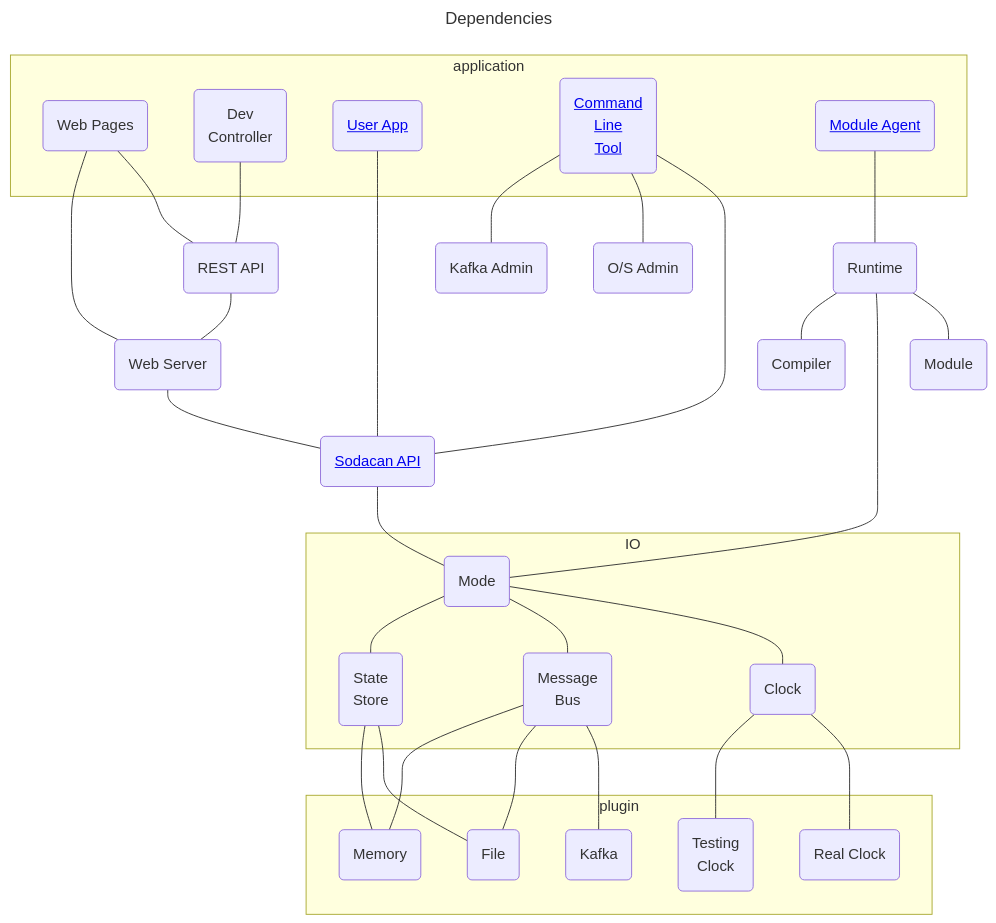
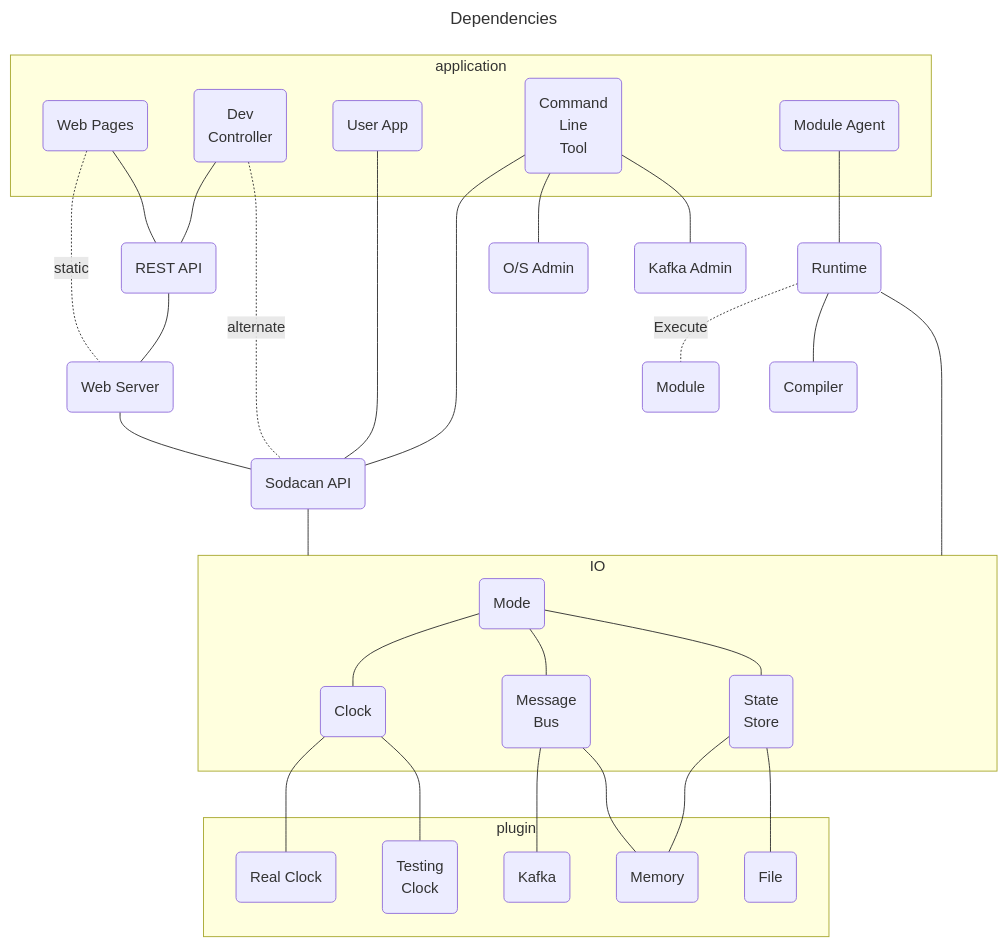
The fourth of 5 diagrams in documentation/architecture.md (sodacan-net/sodacan-core), drawn with Mermaid before and after one commit.

Commit message:
More on the diagram

````diff
--- a/documentation/architecture.md
+++ b/documentation/architecture.md
@@ -87,59 +87,59 @@
 ```mermaid
 ---
 title: Dependencies
 ---
 flowchart TB;
 subgraph application
   wp(Web Pages)
-  mc(Dev<br/>Controller)
-  ua(<a href='#'>User App</a>)
-  cli(<a href='#command-line-tool'>Command<br/>Line<br/>Tool</a>)
-  ag(<a href='#module-agent'>Module Agent</a>)
+  dc(Dev<br/>Controller)
+  ua(User App)
+  cli(Command<br/>Line<br/>Tool)
+  ag(Module Agent)
 end
 subgraph IO
   mod(Mode)
   ss(State<br/>Store)
   mb(Message<br/>Bus)
   cl(Clock)
 end
-ap(<a href='#sodacan-api'>Sodacan API</a>)
+ap(Sodacan API)
 co(Compiler)
 ka(Kafka Admin)
 m(Module)
 oa(O/S Admin)
 ra(REST API)
 rt(Runtime)
 ws(Web Server)
 cli --- ap
-ap --- mod
+ap --- IO
 ag --- rt
-rt --- m
-rt --- mod
+rt -.Execute.- m
+rt --- IO
 rt --- co
 mod --- cl
 mod --- mb
 ra --- ws
 ws --- ap
 cli --- oa
 cli --- ka
 ua --- ap
-mc --- ra
+dc --- ra
+dc -.alternate.- ap
+wp -.static.- ws
 wp --- ra
-wp --- ws
 mb --- k
-mb --- f
 cl --- rtc
 cl --- tc
 mod --- ss
-ss --- f
 ss --- mem
 mb --- mem
+ss --- f
 subgraph plugin
   f(File)
   k(Kafka)
   tc(Testing<br/>Clock)
   rtc(Real Clock)
   mem(Memory)
 end
 
 ```
````
